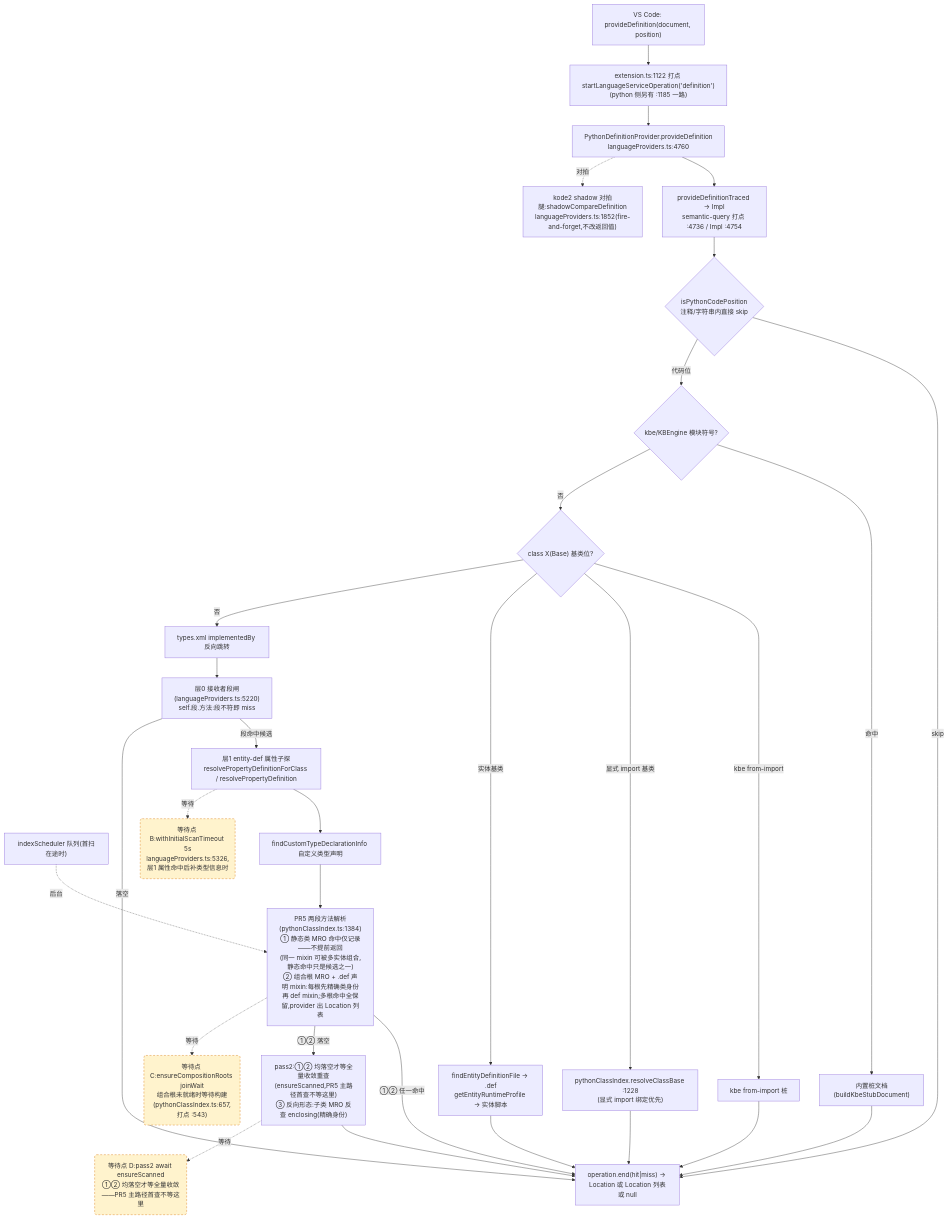
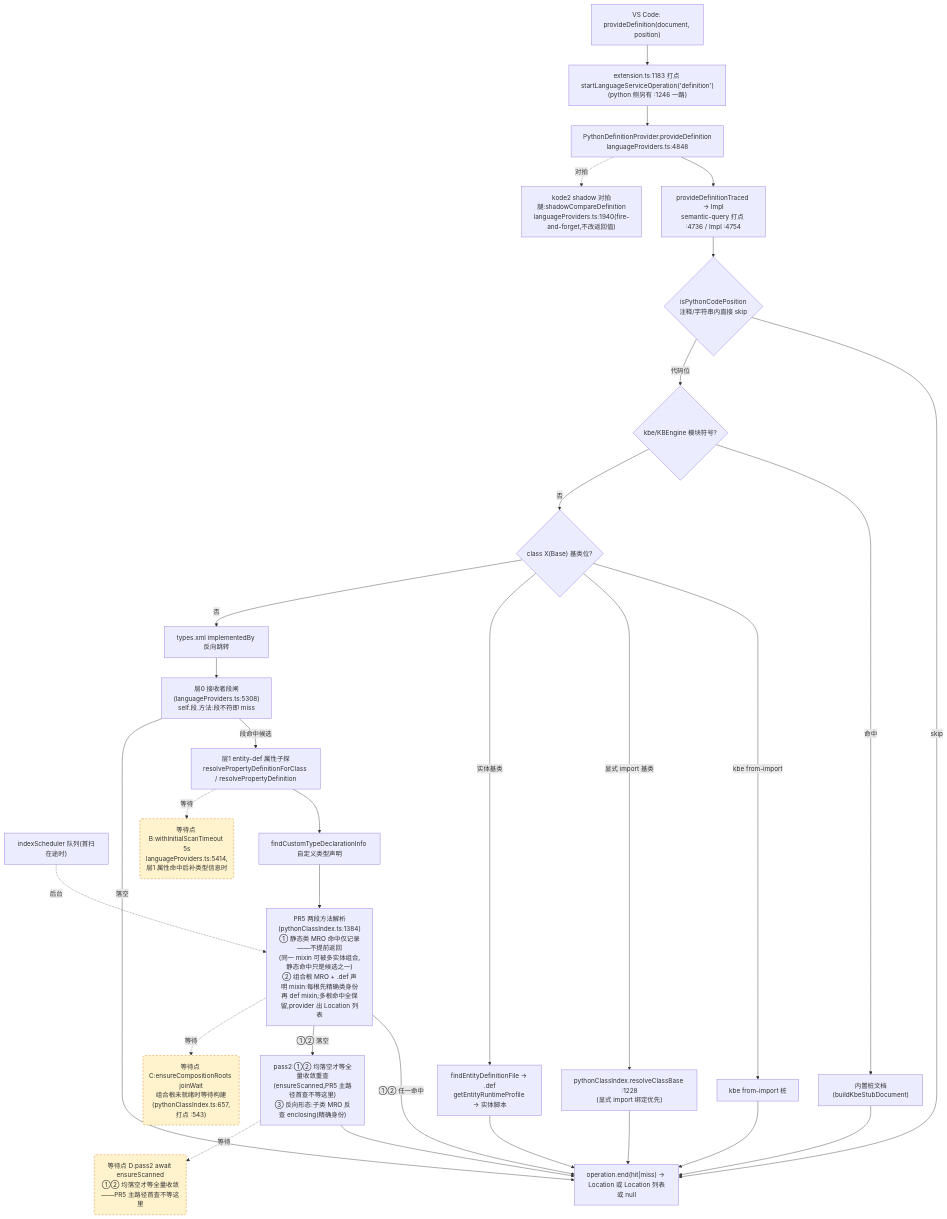
One commit to cuihairu/kode changed the second of 4 diagrams in docs/perf/2026-baseline.md. Above: the diagram before and after it, drawn with Mermaid. The commit also changed other lines of this file and 42 other files, not shown here.

````diff
--- a/docs/perf/2026-baseline.md
+++ b/docs/perf/2026-baseline.md
@@ -130,51 +130,51 @@
 ```mermaid
 flowchart TD
   VC2["VS Code: provideDefinition(document, position)"]
-  M2["extension.ts:1122 打点 startLanguageServiceOperation('definition')<br/>(python 侧另有 :1185 一路)"]
-  AD2["PythonDefinitionProvider.provideDefinition<br/>languageProviders.ts:4760"]
+  M2["extension.ts:1183 打点 startLanguageServiceOperation('definition')<br/>(python 侧另有 :1246 一路)"]
+  AD2["PythonDefinitionProvider.provideDefinition<br/>languageProviders.ts:4848"]
   TR["provideDefinitionTraced → Impl<br/>semantic-query 打点 :4736 / Impl :4754"]
   CTX{"isPythonCodePosition<br/>注释/字符串内直接 skip"}
   KBE{"kbe/KBEngine 模块符号?"}
   STUB["内置桩文档(buildKbeStubDocument)"]
   CB{"class X(Base) 基类位?"}
   CB1["kbe from-import 桩"]
   CB2["pythonClassIndex.resolveClassBase :1228<br/>(显式 import 绑定优先)"]
   CB3["findEntityDefinitionFile → .def<br/>getEntityRuntimeProfile → 实体脚本"]
   REV["types.xml implementedBy 反向跳转"]
-  L0["层0 接收者段闸(languageProviders.ts:5220)<br/>self.段.方法:段不符即 miss"]
+  L0["层0 接收者段闸(languageProviders.ts:5308)<br/>self.段.方法:段不符即 miss"]
   L1["层1 entity-def 属性子探<br/>resolvePropertyDefinitionForClass / resolvePropertyDefinition"]
   SCAN["indexScheduler 队列(首扫在途时)"]
   TY["findCustomTypeDeclarationInfo 自定义类型声明"]
   MRO["PR5 两段方法解析(pythonClassIndex.ts:1384)<br/>① 静态类 MRO 命中仅记录——不提前返回<br/>(同一 mixin 可被多实体组合,静态命中只是候选之一)<br/>② 组合根 MRO + .def 声明 mixin:每根先精确类身份<br/>再 def mixin;多根命中全保留,provider 出 Location 列表"]
   PASS2["pass2:①② 均落空才等全量收敛重查<br/>(ensureScanned,PR5 主路径首查不等这里)<br/>③ 反向形态:子类 MRO 反查 enclosing(精确身份)"]
-  SHD["kode2 shadow 对拍腿:shadowCompareDefinition<br/>languageProviders.ts:1852(fire-and-forget,不改返回值)"]
+  SHD["kode2 shadow 对拍腿:shadowCompareDefinition<br/>languageProviders.ts:1940(fire-and-forget,不改返回值)"]
   END2["operation.end(hit|miss) → Location 或 Location 列表或 null"]
 
   VC2 --> M2 --> AD2 --> TR --> CTX
   CTX -- "skip" --> END2
   CTX -- "代码位" --> KBE
   KBE -- "命中" --> STUB --> END2
   KBE -- "否" --> CB
   CB -- "kbe from-import" --> CB1 --> END2
   CB -- "显式 import 基类" --> CB2 --> END2
   CB -- "实体基类" --> CB3 --> END2
   CB -- "否" --> REV --> L0
   L0 -- "段命中候选" --> L1
   L0 -- "落空" --> END2
   L1 --> TY
   TY --> MRO
   MRO -- "①② 任一命中" --> END2
   MRO -- "①② 落空" --> PASS2 --> END2
   AD2 -.->|对拍| SHD
 
-  WAITB("等待点 B:withInitialScanTimeout 5s<br/>languageProviders.ts:5326,层1 属性命中后补类型信息时")
+  WAITB("等待点 B:withInitialScanTimeout 5s<br/>languageProviders.ts:5414,层1 属性命中后补类型信息时")
   WAITC("等待点 C:ensureCompositionRoots joinWait<br/>组合根未就绪时等待构建(pythonClassIndex.ts:657,打点 :543)")
   WAITD("等待点 D:pass2 await ensureScanned<br/>①② 均落空才等全量收敛——PR5 主路径首查不等这里")
   L1 -.->|等待| WAITB
   MRO -.->|等待| WAITC
   PASS2 -.->|等待| WAITD
   SCAN -.->|后台| MRO
 
   classDef waitPoint fill:#fff3cd,stroke:#d97706,stroke-dasharray:5 4;
   class WAITB,WAITC,WAITD waitPoint;
 ```
````
